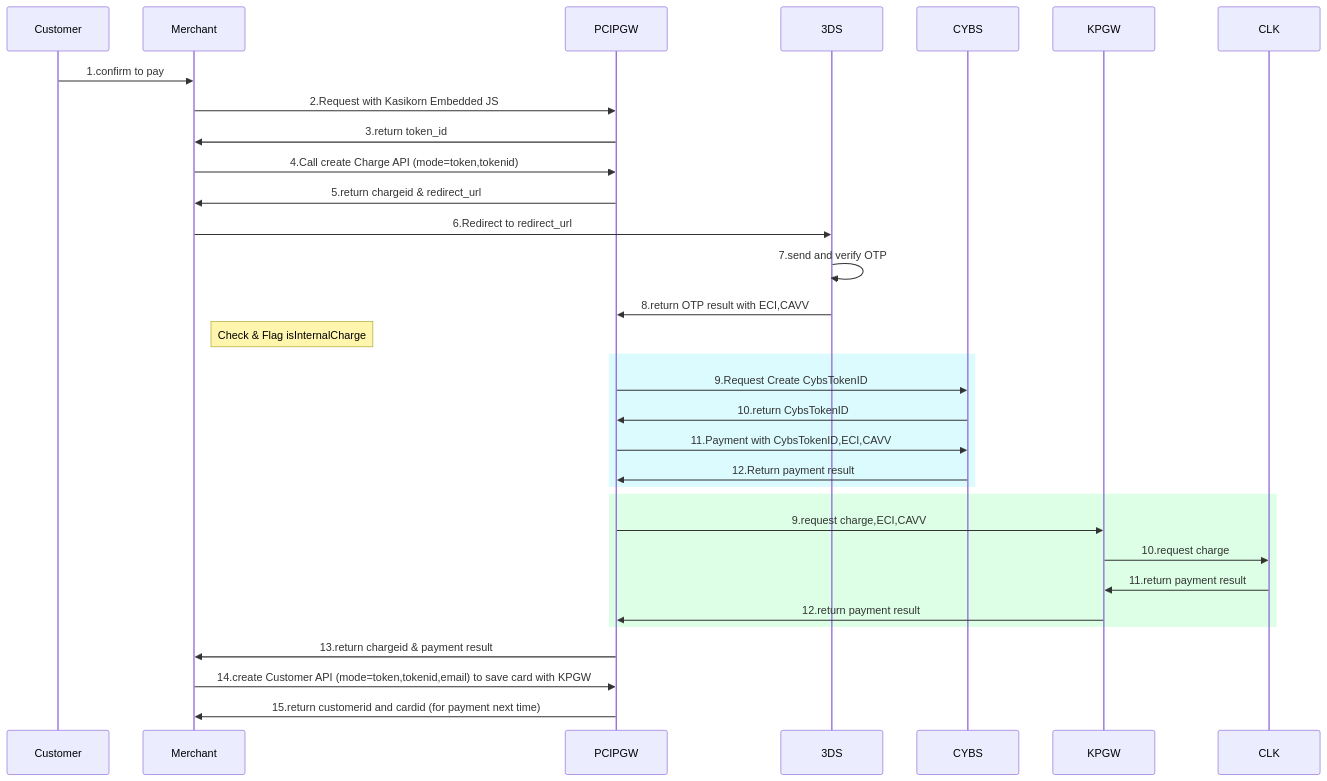
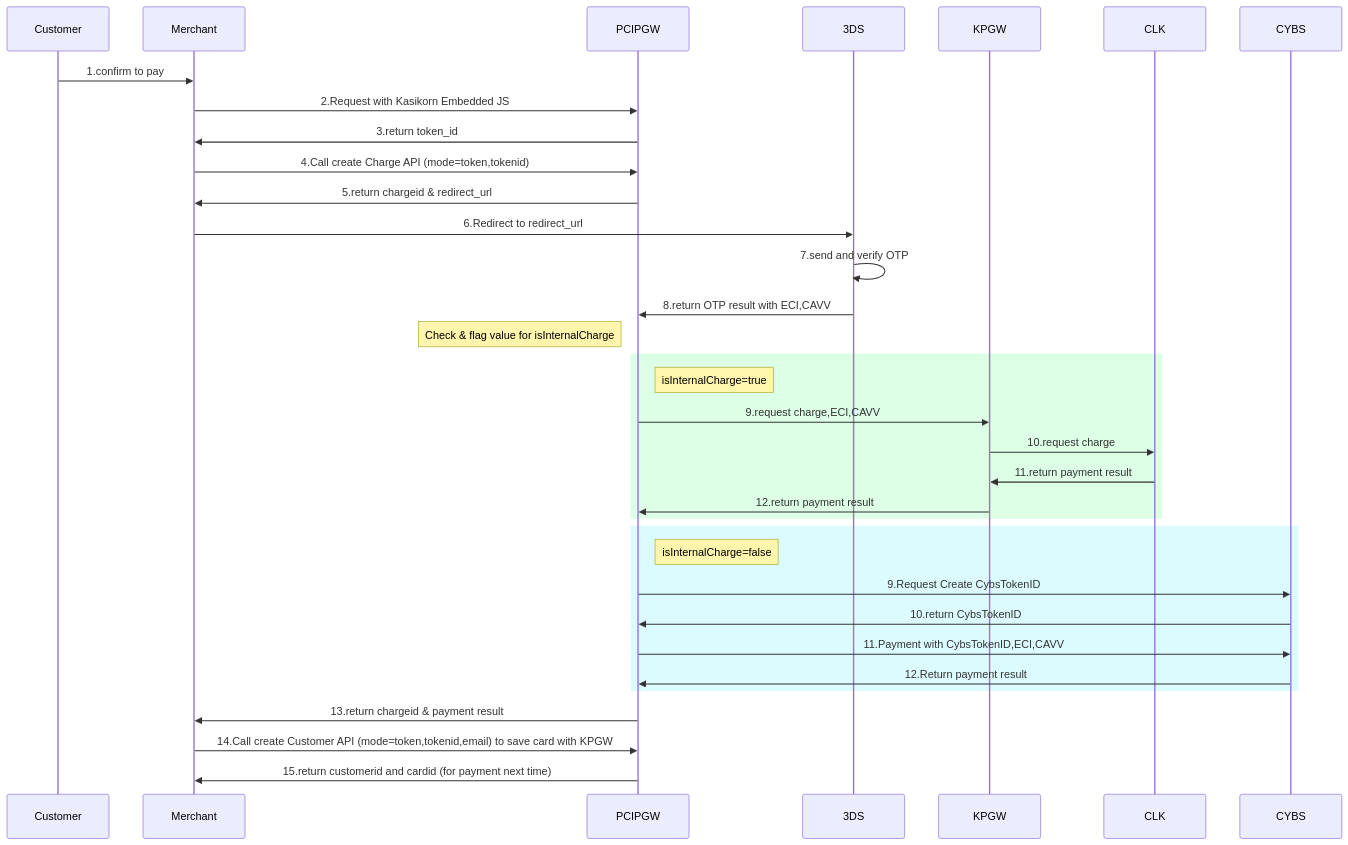
One commit to yuusuke25/MyNotes changed the second of 6 diagrams in Cybs-Ph2-Flow1.md. Above: the diagram before and after it, drawn with Mermaid. The commit also changed other lines of this file, not shown here.

````diff
--- a/Cybs-Ph2-Flow1.md
+++ b/Cybs-Ph2-Flow1.md
@@ -31,33 +31,38 @@
 ```mermaid
     sequenceDiagram
         Customer->>Merchant:1.confirm to pay
         Merchant->>PCIPGW:2.Request with Kasikorn Embedded JS
         PCIPGW->>Merchant:3.return token_id
         Merchant->>PCIPGW:4.Call create Charge API (mode=token,tokenid)
         PCIPGW->>Merchant:5.return chargeid & redirect_url
         
         Merchant->>3DS:6.Redirect to redirect_url
         3DS->>3DS:7.send and verify OTP
         3DS->>PCIPGW:8.return OTP result with ECI,CAVV
             
-        Note right of Merchant: Check & Flag isInternalCharge
+        Note left of PCIPGW: Check & flag value for isInternalCharge
+        
+        rect rgb(220, 255, 229)
+            Note right of PCIPGW: isInternalCharge=true
+            PCIPGW->>KPGW:9.request charge,ECI,CAVV
+            KPGW->>CLK:10.request charge
+            CLK->>KPGW:11.return payment result
+            KPGW->>PCIPGW:12.return payment result
+        end
+        
         rect rgb(220, 251, 255)
+            Note right of PCIPGW: isInternalCharge=false
             PCIPGW->>CYBS:9.Request Create CybsTokenID
             CYBS->>PCIPGW:10.return CybsTokenID
             PCIPGW->>CYBS:11.Payment with CybsTokenID,ECI,CAVV
             CYBS->>PCIPGW:12.Return payment result
         end
         
-        rect rgb(220, 255, 229)
-            PCIPGW->>KPGW:9.request charge,ECI,CAVV
-            KPGW->>CLK:10.request charge
-            CLK->>KPGW:11.return payment result
-            KPGW->>PCIPGW:12.return payment result
-        end
+        
         
         PCIPGW->>Merchant:13.return chargeid & payment result
 
-        Merchant->>PCIPGW:14.create Customer API (mode=token,tokenid,email) to save card with KPGW
+        Merchant->>PCIPGW:14.Call create Customer API (mode=token,tokenid,email) to save card with KPGW
         PCIPGW->>Merchant:15.return customerid and cardid (for payment next time)
 
 ```
````
